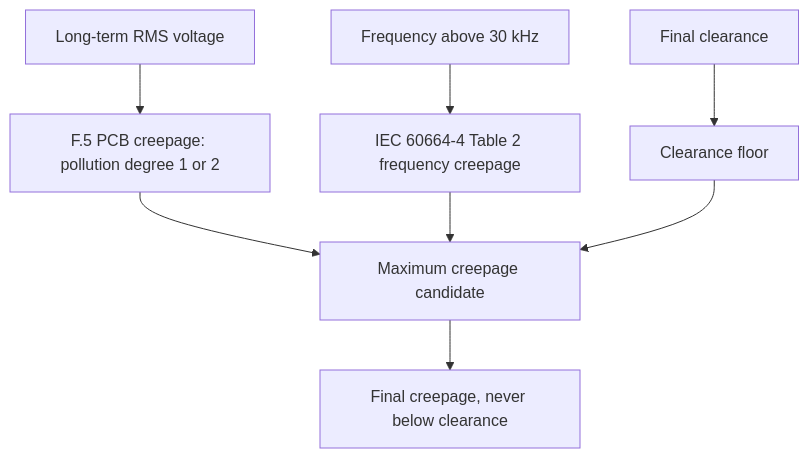
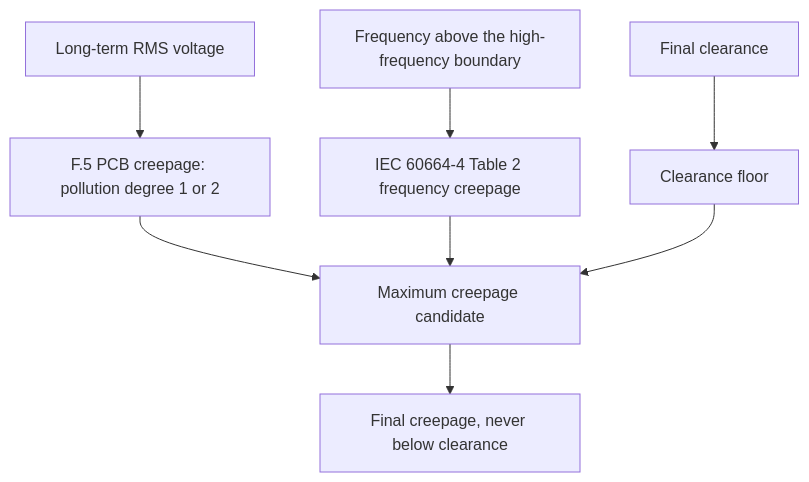
The third of 3 diagrams in README.md (smarley2/insulation-coordination-calculator), drawn with Mermaid before and after one commit. The commit also changed other lines of this file and 7 other files, not shown here.

````diff
--- a/README.md
+++ b/README.md
@@ -136,10 +138,10 @@
 ```mermaid
 flowchart TD
     V["Long-term RMS voltage"] --> F5["F.5 PCB creepage: pollution degree 1 or 2"]
-    F["Frequency above 30 kHz"] --> T2["IEC 60664-4 Table 2 frequency creepage"]
+    F["Frequency above the high-frequency boundary"] --> T2["IEC 60664-4 Table 2 frequency creepage"]
     C["Final clearance"] --> FLOOR["Clearance floor"]
     F5 --> MAX["Maximum creepage candidate"]
     T2 --> MAX
     FLOOR --> MAX
     MAX --> RESULT["Final creepage, never below clearance"]
 ```
````
